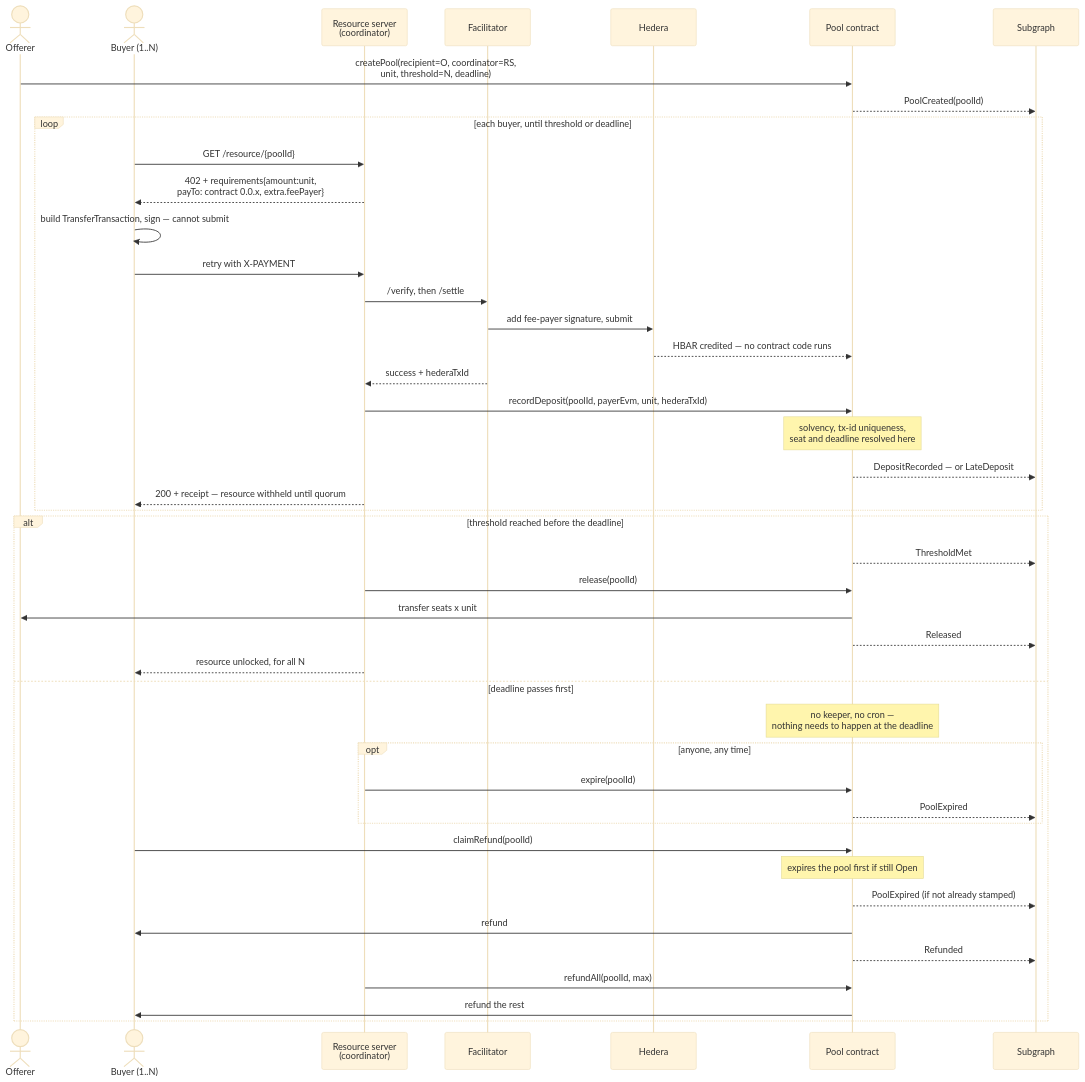
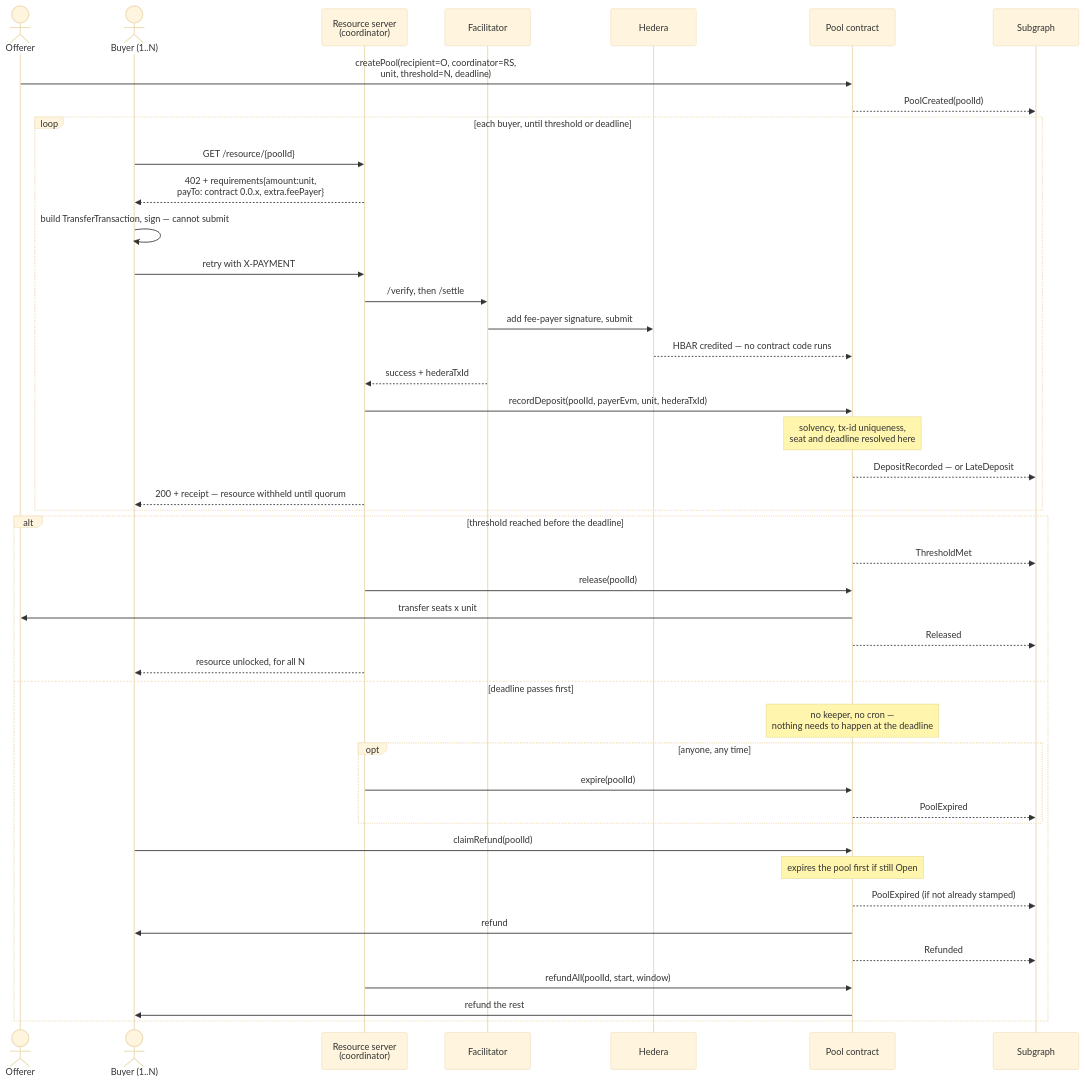
One commit to lxfoundry/quorum402 changed the diagram in specs/pool-contract.md. Above: the diagram before and after it, drawn with Mermaid (base theme). The commit also changed other lines of this file and 3 other files, not shown here.

````diff
--- a/specs/pool-contract.md
+++ b/specs/pool-contract.md
@@ -263,49 +283,49 @@
 ```mermaid
 sequenceDiagram
     actor O as Offerer
     actor B as Buyer (1..N)
     participant RS as Resource server<br/>(coordinator)
     participant F as Facilitator
     participant H as Hedera
     participant P as Pool contract
     participant G as Subgraph
 
     O->>P: createPool(recipient=O, coordinator=RS,<br/>unit, threshold=N, deadline)
     P-->>G: PoolCreated(poolId)
 
     loop each buyer, until threshold or deadline
         B->>RS: GET /resource/{poolId}
         RS-->>B: 402 + requirements{amount:unit,<br/>payTo: contract 0.0.x, extra.feePayer}
         B->>B: build TransferTransaction, sign — cannot submit
         B->>RS: retry with X-PAYMENT
         RS->>F: /verify, then /settle
         F->>H: add fee-payer signature, submit
         H-->>P: HBAR credited — no contract code runs
         F-->>RS: success + hederaTxId
         RS->>P: recordDeposit(poolId, payerEvm, unit, hederaTxId)
         Note over P: solvency, tx-id uniqueness,<br/>seat and deadline resolved here
         P-->>G: DepositRecorded — or LateDeposit
         RS-->>B: 200 + receipt — resource withheld until quorum
     end
 
     alt threshold reached before the deadline
         P-->>G: ThresholdMet
         RS->>P: release(poolId)
         P->>O: transfer seats x unit
         P-->>G: Released
         RS-->>B: resource unlocked, for all N
     else deadline passes first
         Note over P: no keeper, no cron —<br/>nothing needs to happen at the deadline
         opt anyone, any time
             RS->>P: expire(poolId)
             P-->>G: PoolExpired
         end
         B->>P: claimRefund(poolId)
         Note over P: expires the pool first if still Open
         P-->>G: PoolExpired (if not already stamped)
         P->>B: refund
         P-->>G: Refunded
-        RS->>P: refundAll(poolId, max)
+        RS->>P: refundAll(poolId, start, window)
         P->>B: refund the rest
     end
 ```
````
